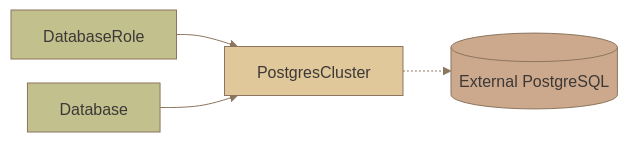
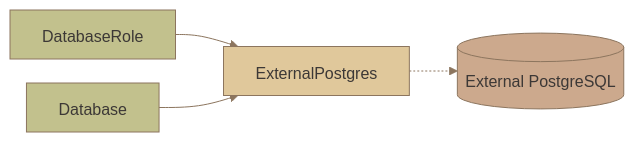
One commit to vterdunov/external-postgres-control-operator changed the diagram in README.md. Above: the diagram before and after it, drawn with Mermaid. The commit also changed other lines of this file and 99 other files, not shown here.

Commit message:
Rename PostgresCluster API to ExternalPostgres (#38)

````diff
--- a/README.md
+++ b/README.md
@@ -21,38 +21,38 @@
 ```mermaid
 ---
 config:
   theme: base
   fontFamily: "system-ui, sans-serif"
   htmlLabels: false
   themeCSS: |
     .node rect { rx: 8px; ry: 8px; stroke-width: 1px; filter: drop-shadow(0px 3px 1px #3c383680) drop-shadow(0px 9px 7px #3c383659); }
   themeVariables:
     fontFamily: "system-ui, sans-serif"
     fontSize: "16px"
     primaryColor: "#d2b98b"
     primaryTextColor: "#3c3836"
     primaryBorderColor: "#8c755e"
     lineColor: "#8c755e"
     textColor: "#3c3836"
     clusterBkg: "#ddc9a4"
     clusterBorder: "#8c755e"
     titleColor: "#3c3836"
     edgeLabelBackground: "#ddc9a4"
   flowchart:
     nodeSpacing: 24
     rankSpacing: 48
     padding: 16
     diagramPadding: 20
 ---
 flowchart LR
-    role["DatabaseRole"] --> cluster["PostgresCluster"]
+    role["DatabaseRole"] --> cluster["ExternalPostgres"]
     database["Database"] --> cluster
     cluster -.-> postgres[("External PostgreSQL")]
 
     classDef source fill:#e0c89b,stroke:#8c755e,color:#3c3836
     classDef output fill:#c2c18d,stroke:#8c755e,color:#3c3836
     classDef consumer fill:#cca98d,stroke:#8c755e,color:#3c3836
     class cluster source
     class database,role output
     class postgres consumer
 ```
````
